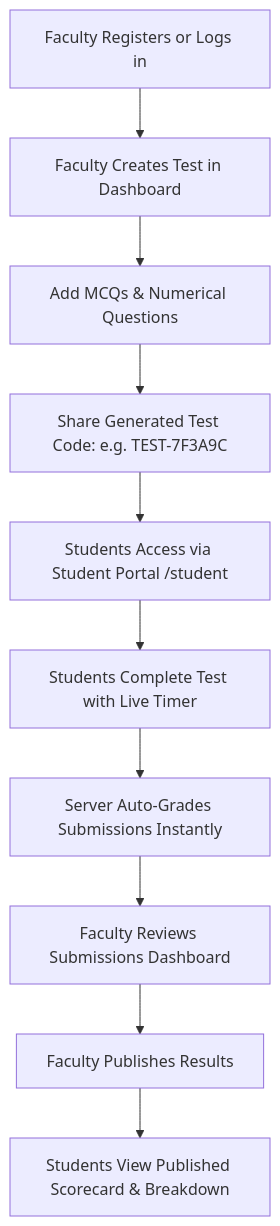
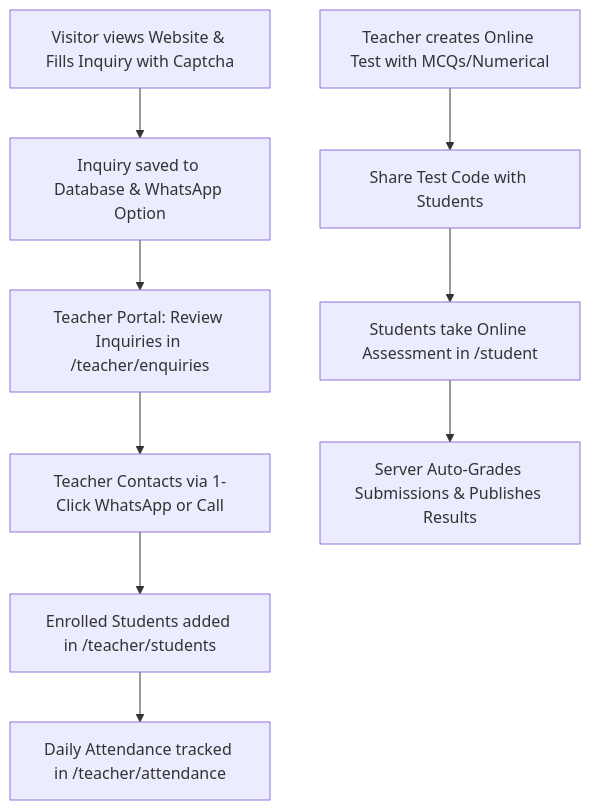
One commit to sadmsd707/Vishwaved changed the diagram in README.md. Above: the diagram before and after it, drawn with Mermaid. The commit also changed other lines of this file, not shown here.

Commit message:
Update README.md with inquiries, attendance, and student management features

````diff
--- a/README.md
+++ b/README.md
@@ -243,12 +304,11 @@
 ```mermaid
 flowchart TD
-    A[Faculty Registers or Logs in] --> B[Faculty Creates Test in Dashboard]
-    B --> C[Add MCQs & Numerical Questions]
-    C --> D[Share Generated Test Code: e.g. TEST-7F3A9C]
-    D --> E[Students Access via Student Portal /student]
-    E --> F[Students Complete Test with Live Timer]
-    F --> G[Server Auto-Grades Submissions Instantly]
-    G --> H[Faculty Reviews Submissions Dashboard]
-    H --> I[Faculty Publishes Results]
-    I --> J[Students View Published Scorecard & Breakdown]
+    A[Visitor views Website & Fills Inquiry with Captcha] --> B[Inquiry saved to Database & WhatsApp Option]
+    B --> C[Teacher Portal: Review Inquiries in /teacher/enquiries]
+    C --> D[Teacher Contacts via 1-Click WhatsApp or Call]
+    D --> E[Enrolled Students added in /teacher/students]
+    E --> F[Daily Attendance tracked in /teacher/attendance]
+    G[Teacher creates Online Test with MCQs/Numerical] --> H[Share Test Code with Students]
+    H --> I[Students take Online Assessment in /student]
+    I --> J[Server Auto-Grades Submissions & Publishes Results]
 ```
````
